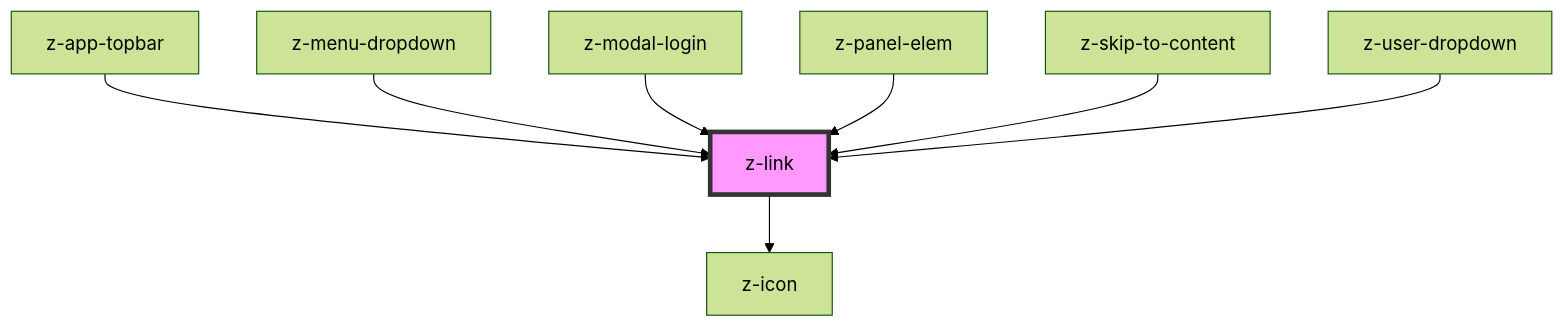
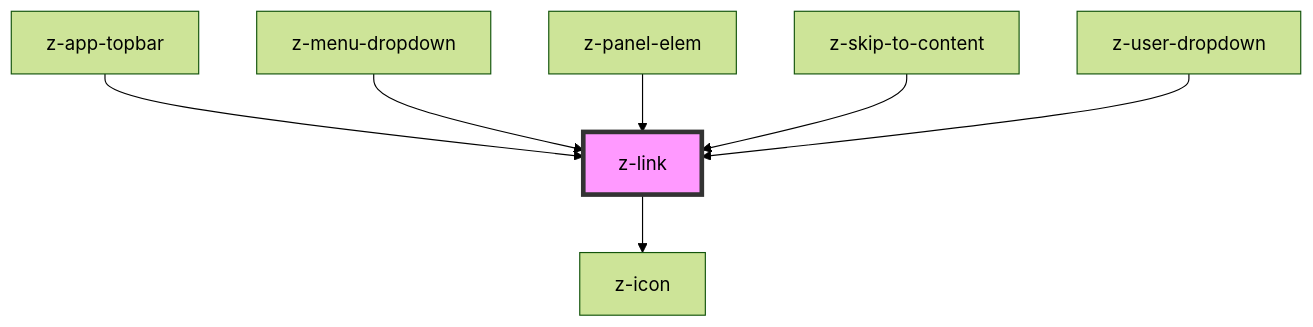
One commit to ZanichelliEditore/design-system changed the diagram in src/components/navigation/z-link/readme.md. Above: the diagram before and after it, drawn with Mermaid (forest theme). The commit also changed other lines of this file and 11 other files, not shown here.

````diff
--- a/src/components/navigation/z-link/readme.md
+++ b/src/components/navigation/z-link/readme.md
@@ -64,11 +63,10 @@
 ```mermaid
 graph TD;
   z-link --> z-icon
   z-app-topbar --> z-link
   z-menu-dropdown --> z-link
-  z-modal-login --> z-link
   z-panel-elem --> z-link
   z-skip-to-content --> z-link
   z-user-dropdown --> z-link
   style z-link fill:#f9f,stroke:#333,stroke-width:4px
 ```
````
